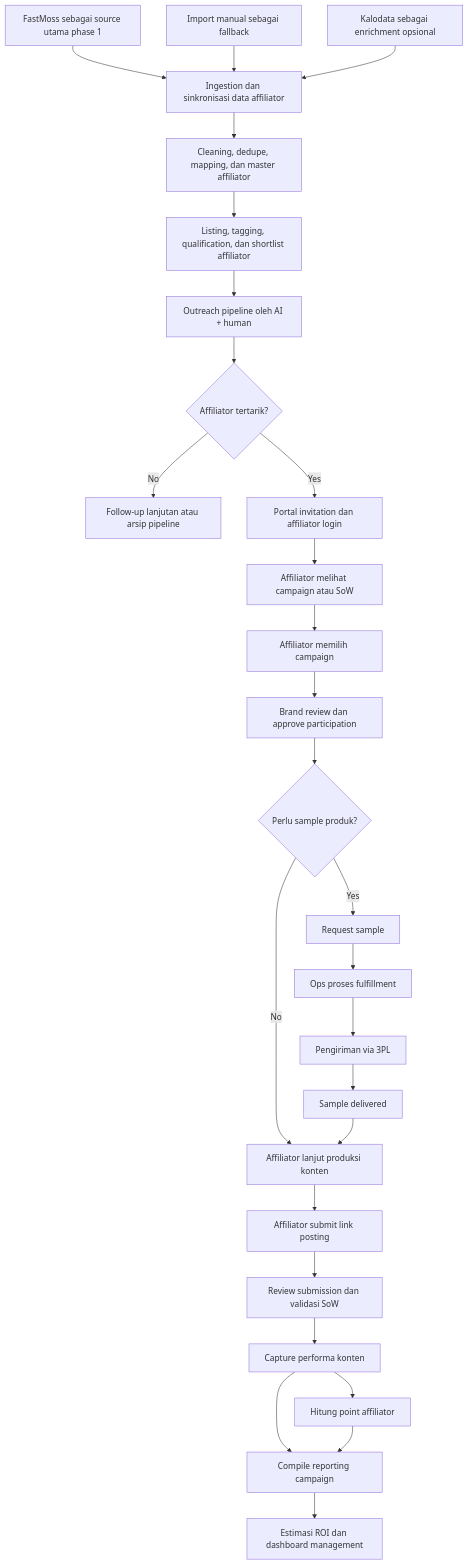
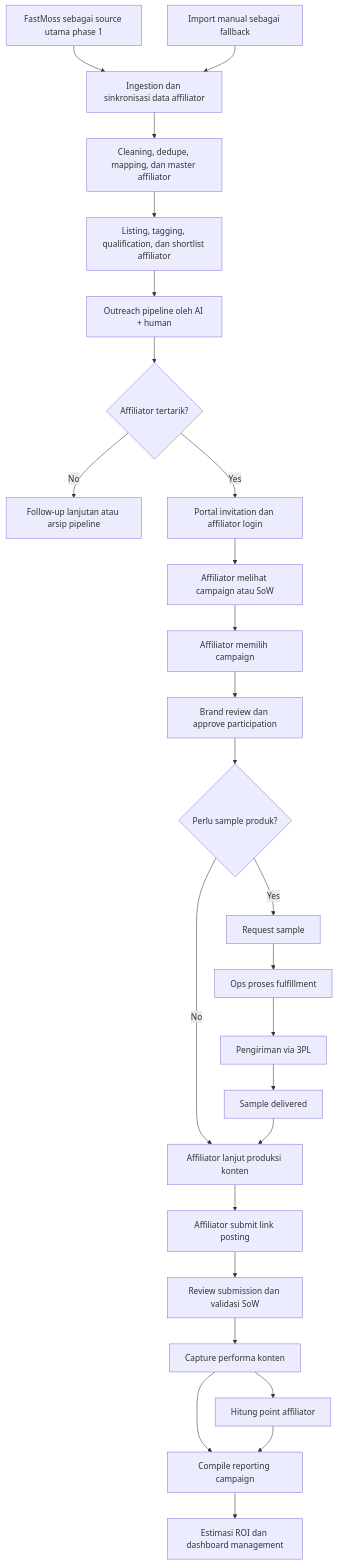
Before and after one commit to viciansyah-1995/Aff-Dashboard-Adiboga-: the diagram in BRD.md, drawn with Mermaid. The commit also changed other lines of this file and 3 other files, not shown here.

Commit message:
Remove Kalodata references from docs and flows

````diff
--- a/BRD.md
+++ b/BRD.md
@@ -562,34 +557,33 @@
 ```mermaid
 flowchart TD
     A[FastMoss sebagai source utama phase 1] --> B[Ingestion dan sinkronisasi data affiliator]
     A2[Import manual sebagai fallback] --> B
-    A3[Kalodata sebagai enrichment opsional] --> B
 
     B --> C[Cleaning, dedupe, mapping, dan master affiliator]
     C --> D[Listing, tagging, qualification, dan shortlist affiliator]
     D --> E[Outreach pipeline oleh AI + human]
 
     E --> F{Affiliator tertarik?}
     F -->|No| G[Follow-up lanjutan atau arsip pipeline]
     F -->|Yes| H[Portal invitation dan affiliator login]
 
     H --> I[Affiliator melihat campaign atau SoW]
     I --> J[Affiliator memilih campaign]
     J --> K[Brand review dan approve participation]
 
     K --> L{Perlu sample produk?}
     L -->|No| M[Affiliator lanjut produksi konten]
     L -->|Yes| N[Request sample]
     N --> O[Ops proses fulfillment]
     O --> P[Pengiriman via 3PL]
     P --> Q[Sample delivered]
     Q --> M
 
     M --> R[Affiliator submit link posting]
     R --> S[Review submission dan validasi SoW]
     S --> T[Capture performa konten]
     T --> U[Hitung point affiliator]
     T --> V[Compile reporting campaign]
     U --> V
     V --> W[Estimasi ROI dan dashboard management]
 ```
````
